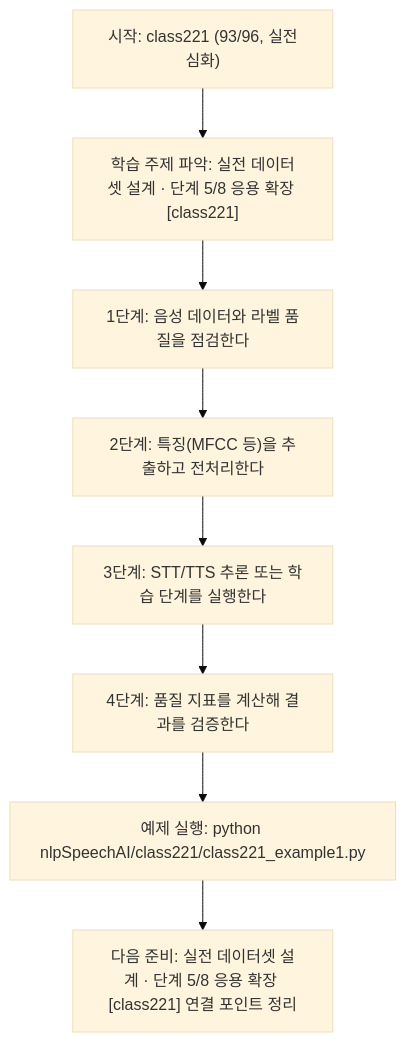
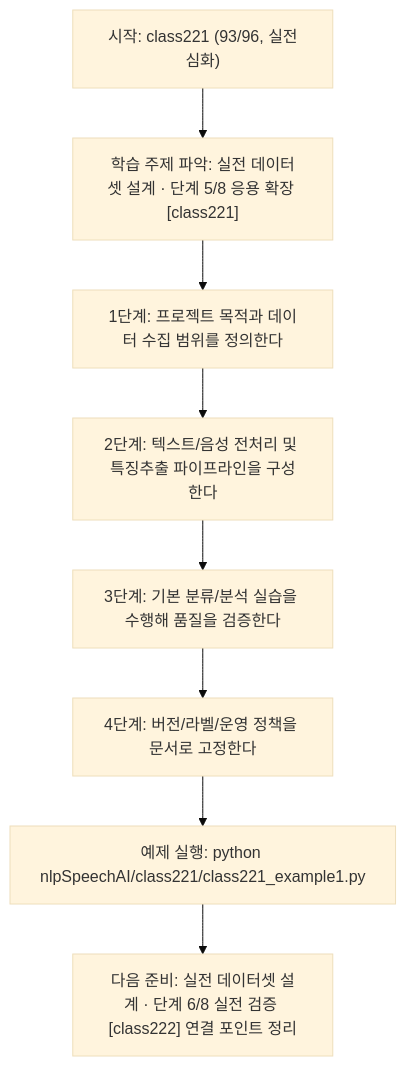
One commit to edumgt/Python-AI_Agent-Class changed the diagram in nlpSpeechAI/class221/class221.md. Above: the diagram before and after it, drawn with Mermaid (base theme). The commit also changed other lines of this file and 1122 other files, not shown here.

````diff
--- a/nlpSpeechAI/class221/class221.md
+++ b/nlpSpeechAI/class221/class221.md
@@ -114,18 +95,18 @@
 ```mermaid
 flowchart TD
 N1["시작: class221 (93/96, 실전심화)"]
 N2["학습 주제 파악: 실전 데이터셋 설계 · 단계 5/8 응용 확장 [class221]"]
-N3["1단계: 음성 데이터와 라벨 품질을 점검한다"]
-N4["2단계: 특징(MFCC 등)을 추출하고 전처리한다"]
-N5["3단계: STT/TTS 추론 또는 학습 단계를 실행한다"]
-N6["4단계: 품질 지표를 계산해 결과를 검증한다"]
+N3["1단계: 프로젝트 목적과 데이터 수집 범위를 정의한다"]
+N4["2단계: 텍스트/음성 전처리 및 특징추출 파이프라인을 구성한다"]
+N5["3단계: 기본 분류/분석 실습을 수행해 품질을 검증한다"]
+N6["4단계: 버전/라벨/운영 정책을 문서로 고정한다"]
 N7["예제 실행: python nlpSpeechAI/class221/class221_example1.py"]
-N8["다음 준비: 실전 데이터셋 설계 · 단계 5/8 응용 확장 [class221] 연결 포인트 정리"]
+N8["다음 준비: 실전 데이터셋 설계 · 단계 6/8 실전 검증 [class222] 연결 포인트 정리"]
 N1 --> N2
 N2 --> N3
 N3 --> N4
 N4 --> N5
 N5 --> N6
 N6 --> N7
 N7 --> N8
 ```
````
